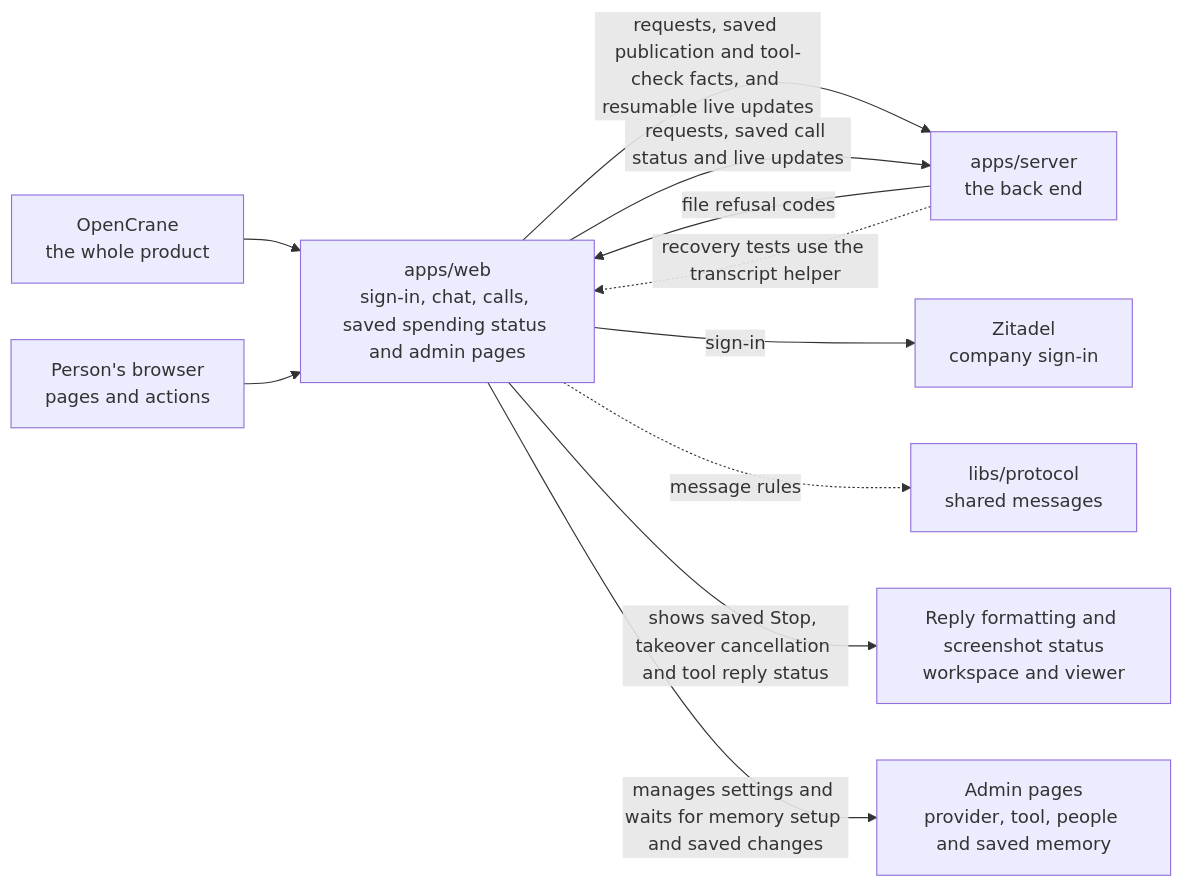
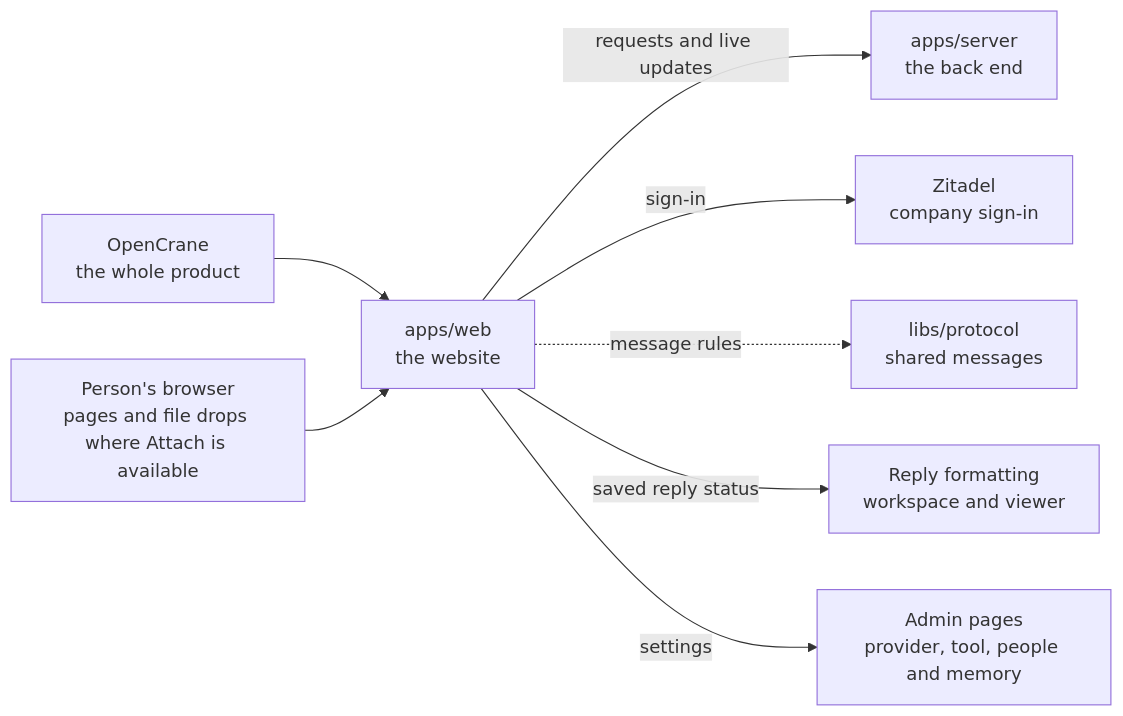
Before and after one commit to elewa-git/opencrane-new: the diagram in apps/web/README.md, drawn with Mermaid. The commit also changed other lines of this file and 21 other files, not shown here.

````diff
--- a/apps/web/README.md
+++ b/apps/web/README.md
@@ -16,13 +16,10 @@
 ```mermaid
 flowchart LR
   system["OpenCrane<br/>the whole product"] --> web["apps/web<br/>the website"]
-  browser["Person's browser<br/>pages and actions"] --> web
-  web -->|requests, saved publication and tool-check facts, and resumable live updates| server["apps/server<br/>the back end"]
-  server -->|file refusal codes| web
-  server -.->|recovery tests use the transcript helper| web
-  web["apps/web<br/>sign-in, chat, calls, saved spending status and admin pages"] -->|requests, saved call status and live updates| server["apps/server<br/>the back end"]
+  browser["Person's browser<br/>pages and file drops where Attach is available"] --> web
+  web -->|requests and live updates| server["apps/server<br/>the back end"]
   web -->|sign-in| zitadel["Zitadel<br/>company sign-in"]
   web -.->|message rules| protocol["libs/protocol<br/>shared messages"]
-  web -->|shows saved Stop, takeover cancellation and tool reply status| capture["Reply formatting and screenshot status<br/>workspace and viewer"]
-  web -->|manages settings and waits for memory setup and saved changes| admin["Admin pages<br/>provider, tool, people and saved memory"]
+  web -->|saved reply status| capture["Reply formatting<br/>workspace and viewer"]
+  web -->|settings| admin["Admin pages<br/>provider, tool, people and memory"]
 ```
````
